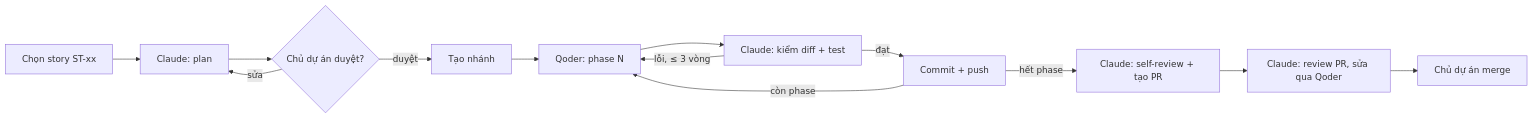
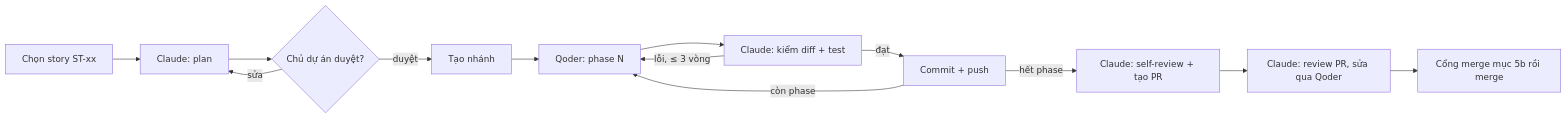
Before and after one commit to thinhlai06/project-AI: the diagram in docs/process/ai-workflow.md, drawn with Mermaid. The commit also changed other lines of this file and 3 other files, not shown here.

````diff
--- a/docs/process/ai-workflow.md
+++ b/docs/process/ai-workflow.md
@@ -20,15 +20,15 @@
 ```mermaid
 flowchart LR
   A[Chọn story ST-xx] --> B[Claude: plan]
   B --> C{Chủ dự án duyệt?}
   C -- sửa --> B
   C -- duyệt --> D[Tạo nhánh]
   D --> E[Qoder: phase N]
   E --> F[Claude: kiểm diff + test]
   F -- lỗi, ≤ 3 vòng --> E
   F -- đạt --> G[Commit + push]
   G -- còn phase --> E
   G -- hết phase --> H[Claude: self-review + tạo PR]
   H --> I[Claude: review PR, sửa qua Qoder]
-  I --> J[Chủ dự án merge]
+  I --> J[Cổng merge mục 5b rồi merge]
 ```
````
